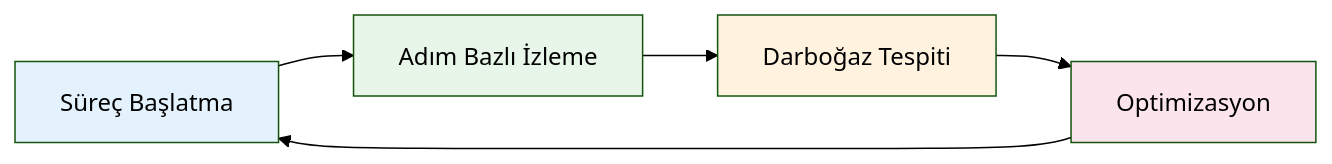
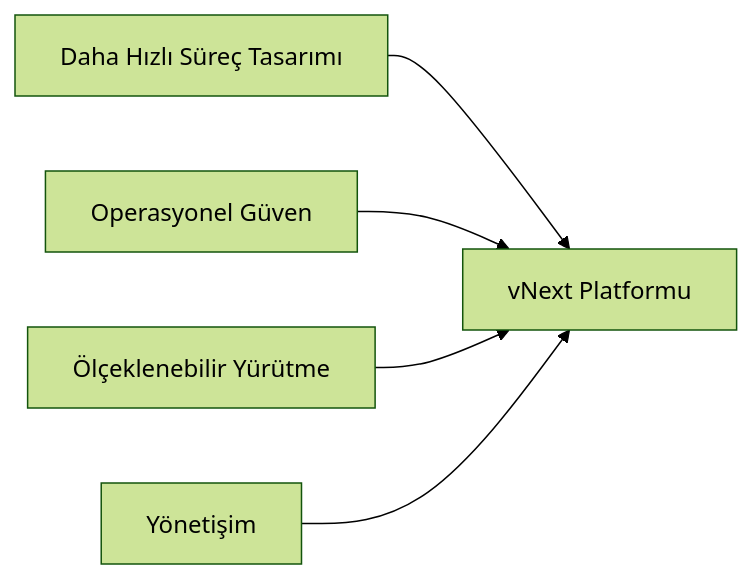
The diagram in business/value/index.md (burgan-tech/vnext-docs), drawn with Mermaid (forest theme) before and after one commit. The commit also changed other lines of this file and 14 other files, not shown here.

````diff
--- a/business/value/index.md
+++ b/business/value/index.md
@@ -61,12 +15,12 @@
 ```mermaid
 graph LR
-    A[Süreç Başlatma] --> B[Adım Bazlı İzleme]
-    B --> C[Darboğaz Tespiti]
-    C --> D[Optimizasyon]
-    D --> A
-    
-    style A fill:#e3f2fd
-    style B fill:#e8f5e9
-    style C fill:#fff3e0
-    style D fill:#fce4ec
+    V1[Daha Hızlı Süreç Tasarımı]
+    V2[Operasyonel Güven]
+    V3[Ölçeklenebilir Yürütme]
+    V4[Yönetişim]
+    P[vNext Platformu]
+    V1 --> P
+    V2 --> P
+    V3 --> P
+    V4 --> P
 ```
````
